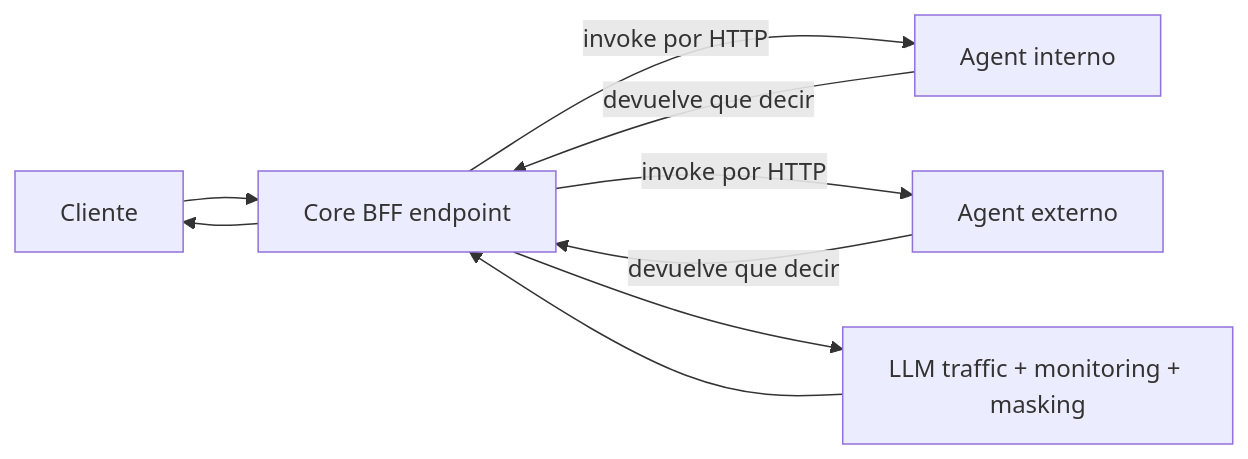
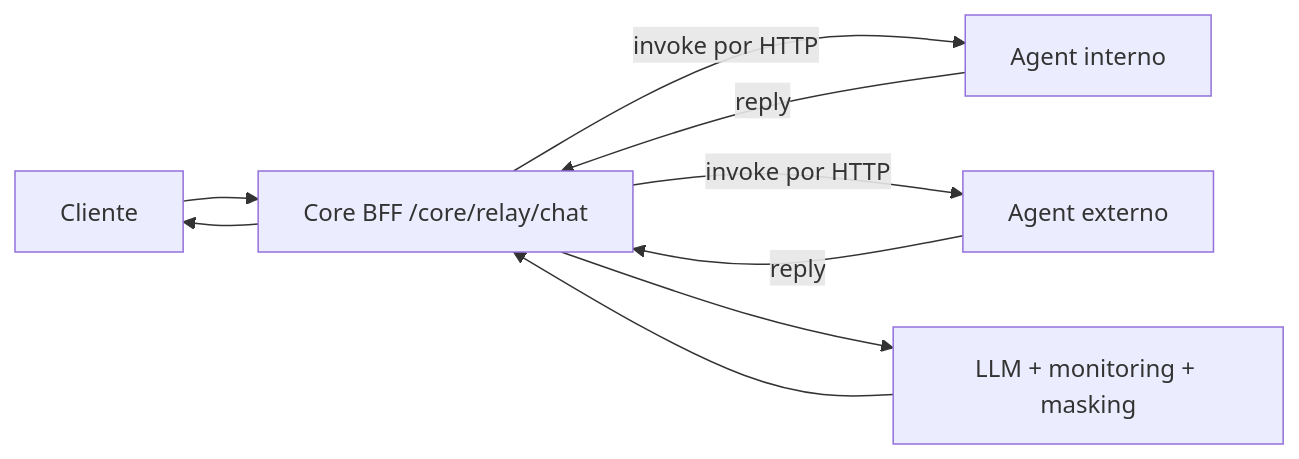
Before and after one commit to alvaroemur/ennui-agents-core: the fourth of 4 diagrams in docs/playbook/architecture.md, drawn with Mermaid. The commit also changed other lines of this file and 33 other files, not shown here.

````diff
--- a/docs/playbook/architecture.md
+++ b/docs/playbook/architecture.md
@@ -207,11 +290,11 @@
 ```mermaid
 flowchart LR
-    CL[Cliente] --> BFF[Core BFF endpoint]
+    CL[Cliente] --> BFF[Core BFF /core/relay/chat]
     BFF -->|invoke por HTTP| AG1[Agent interno]
     BFF -->|invoke por HTTP| AG2[Agent externo]
-    AG1 -->|devuelve que decir| BFF
-    AG2 -->|devuelve que decir| BFF
-    BFF --> LLM[LLM traffic + monitoring + masking]
+    AG1 -->|reply| BFF
+    AG2 -->|reply| BFF
+    BFF --> LLM[LLM + monitoring + masking]
     LLM --> BFF
     BFF --> CL
 ```
````
